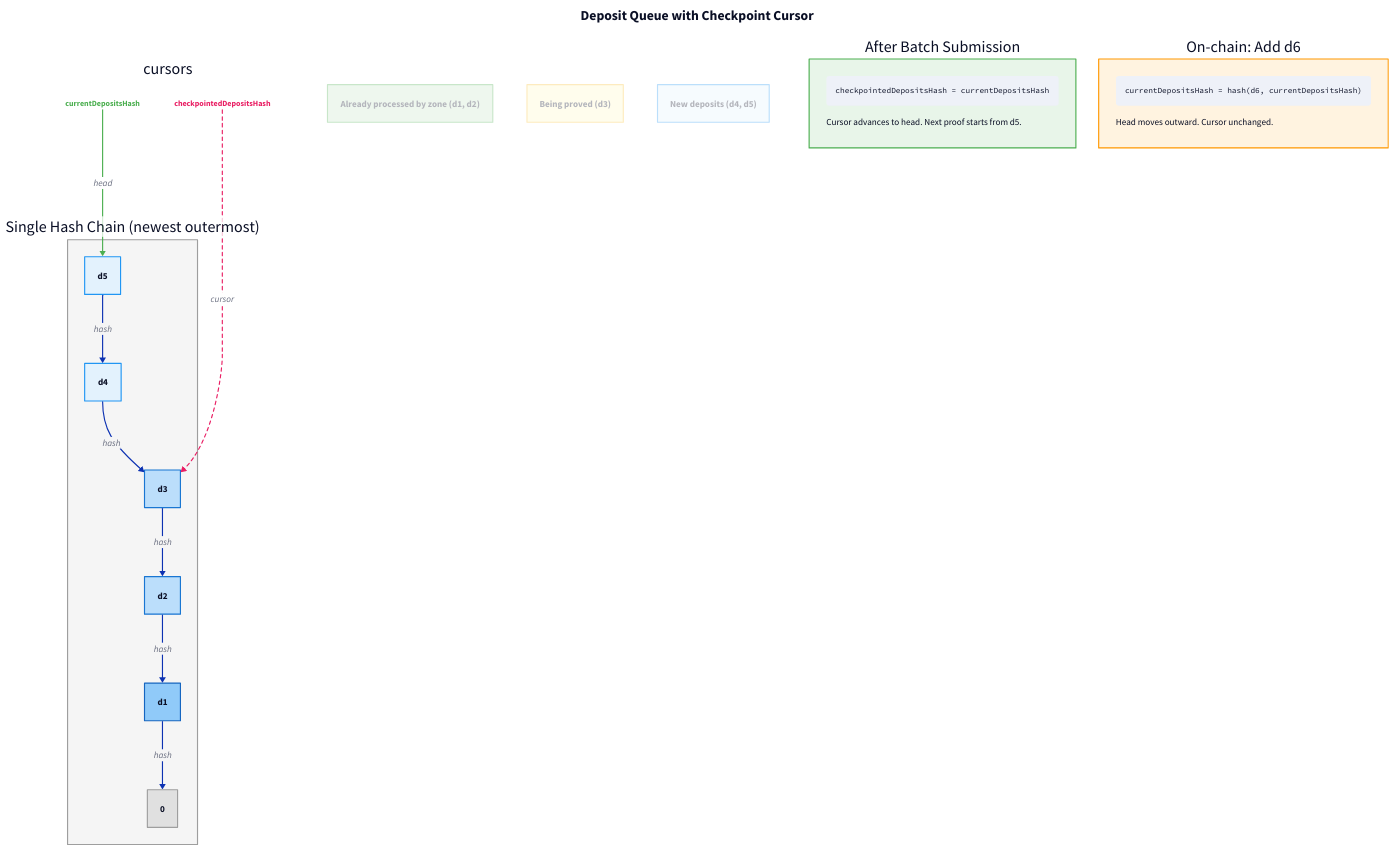
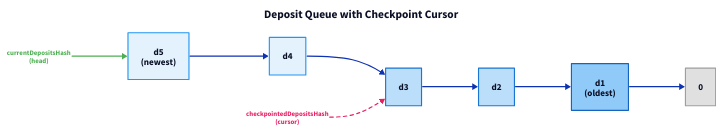
One commit to tempoxyz/zones changed the diagram in docs/diagrams/deposit-queue.d2. Above: the diagram before and after it, drawn with D2. The commit also changed 1 other file, not shown here.

Commit message:
docs: simplify deposit queue diagram layout

````diff
--- a/docs/diagrams/deposit-queue.d2
+++ b/docs/diagrams/deposit-queue.d2
@@ -1,124 +1,45 @@
-direction: down
+direction: right
 
 title: {
   label: Deposit Queue with Checkpoint Cursor
   near: top-center
   shape: text
-  style.font-size: 24
+  style.font-size: 20
   style.bold: true
 }
 
-# Single queue visualization
-queue: {
-  label: "Single Hash Chain (newest outermost)"
-  style.fill: "#f5f5f5"
-  style.stroke: "#9e9e9e"
+# Hash chain - newest outermost
+d5: "d5\n(newest)" { style.fill: "#e3f2fd"; style.stroke: "#2196F3" }
+d4: "d4" { style.fill: "#e3f2fd"; style.stroke: "#2196F3" }
+d3: "d3" { style.fill: "#bbdefb"; style.stroke: "#1976D2" }
+d2: "d2" { style.fill: "#bbdefb"; style.stroke: "#1976D2" }
+d1: "d1\n(oldest)" { style.fill: "#90caf9"; style.stroke: "#1565C0" }
+zero: "0" { style.fill: "#e0e0e0"; style.stroke: "#9e9e9e" }
 
-  d5: "d5" { style.fill: "#e3f2fd"; style.stroke: "#2196F3" }
-  d4: "d4" { style.fill: "#e3f2fd"; style.stroke: "#2196F3" }
-  d3: "d3" { style.fill: "#bbdefb"; style.stroke: "#1976D2" }
-  d2: "d2" { style.fill: "#bbdefb"; style.stroke: "#1976D2" }
-  d1: "d1" { style.fill: "#90caf9"; style.stroke: "#1565C0" }
-  zero: "0" { style.fill: "#e0e0e0"; style.stroke: "#9e9e9e" }
+d5 -> d4 -> d3 -> d2 -> d1 -> zero
 
-  d5 -> d4: "hash"
-  d4 -> d3: "hash"
-  d3 -> d2: "hash"
-  d2 -> d1: "hash"
-  d1 -> zero: "hash"
+# Cursor labels
+current: "currentDepositsHash\n(head)" {
+  shape: text
+  style.font-size: 12
+  style.font-color: "#4CAF50"
+  style.bold: true
 }
 
-# Cursors
-cursors: {
-  style.fill: transparent
-  style.stroke: transparent
-
-  checkpoint_label: {
-    label: "checkpointedDepositsHash"
-    shape: text
-    style.font-size: 14
-    style.font-color: "#E91E63"
-    style.bold: true
-  }
-
-  current_label: {
-    label: "currentDepositsHash"
-    shape: text
-    style.font-size: 14
-    style.font-color: "#4CAF50"
-    style.bold: true
-  }
+checkpoint: "checkpointedDepositsHash\n(cursor)" {
+  shape: text
+  style.font-size: 12
+  style.font-color: "#E91E63"
+  style.bold: true
 }
 
-cursors.checkpoint_label -> queue.d3: {
+current -> d5: {
+  style.stroke: "#4CAF50"
+  style.stroke-width: 2
+}
+
+checkpoint -> d3: {
   style.stroke: "#E91E63"
   style.stroke-width: 2
   style.stroke-dash: 3
-  label: "cursor"
 }
-
-cursors.current_label -> queue.d5: {
-  style.stroke: "#4CAF50"
-  style.stroke-width: 2
-  label: "head"
-}
-
-# Regions
-regions: {
-  label: ""
-  style.fill: transparent
-  style.stroke: transparent
-
-  processed: {
-    label: "Already processed by zone (d1, d2)"
-    shape: rectangle
-    style.fill: "#c8e6c9"
-    style.stroke: "#4CAF50"
-    style.opacity: 0.3
-  }
-
-  pending_proof: {
-    label: "Being proved (d3)"
-    shape: rectangle
-    style.fill: "#fff9c4"
-    style.stroke: "#FBC02D"
-    style.opacity: 0.3
-  }
-
-  pending_new: {
-    label: "New deposits (d4, d5)"
-    shape: rectangle
-    style.fill: "#e3f2fd"
-    style.stroke: "#2196F3"
-    style.opacity: 0.3
-  }
-}
-
-# After batch
-after: {
-  label: "After Batch Submission"
-  style.fill: "#e8f5e9"
-  style.stroke: "#4CAF50"
-
-  action: |md
-    ```
-    checkpointedDepositsHash = currentDepositsHash
-    ```
-    Cursor advances to head.
-    Next proof starts from d5.
-  |
-}
-
-# On-chain add
-onchain: {
-  label: "On-chain: Add d6"
-  style.fill: "#fff3e0"
-  style.stroke: "#FF9800"
-
-  action: |md
-    ```
-    currentDepositsHash = hash(d6, currentDepositsHash)
-    ```
-    Head moves outward. Cursor unchanged.
-  |
-}
````
